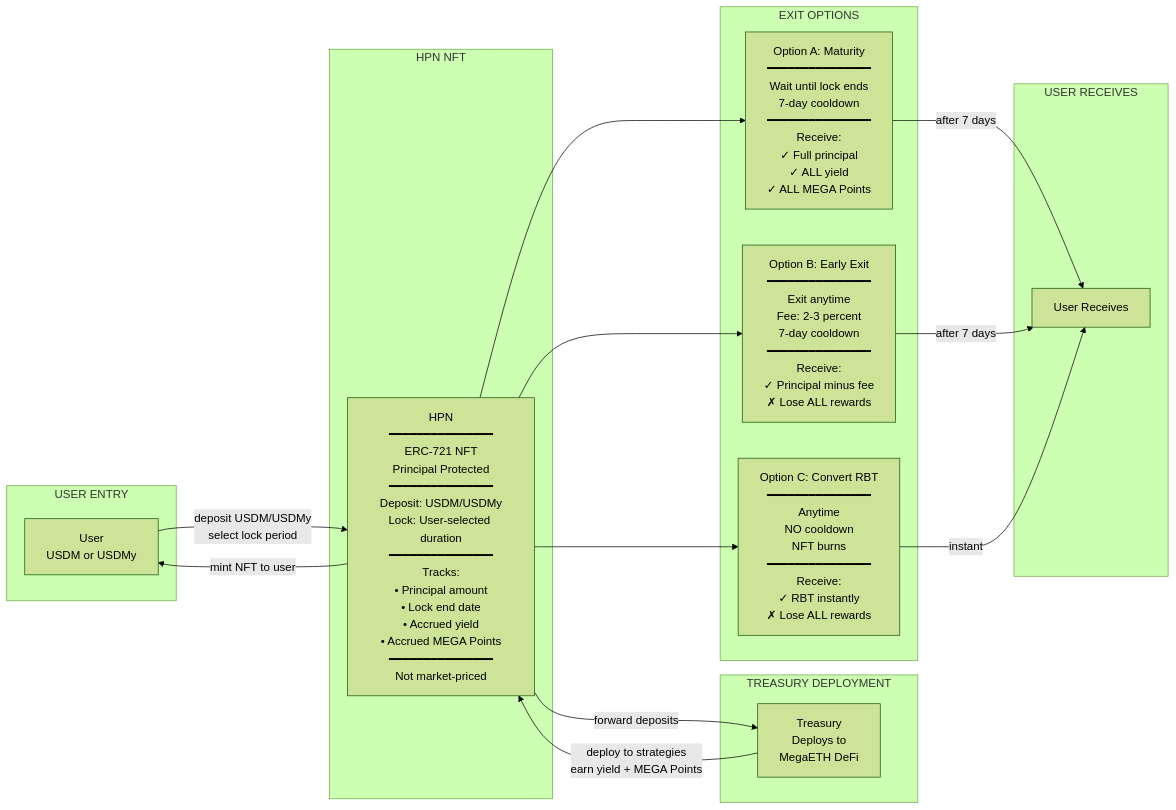
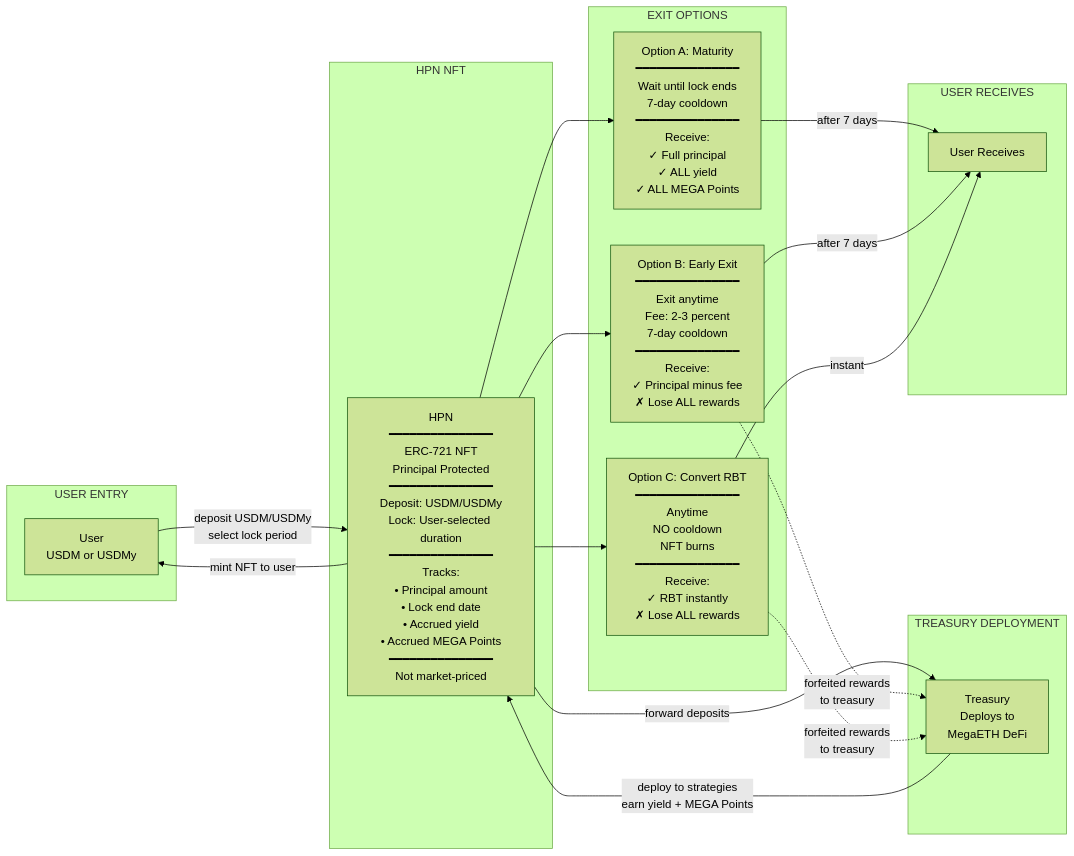
One commit to 0xJaehaerys/ohmega changed the second of 2 diagrams in blackhaven-complete-system.md. Above: the diagram before and after it, drawn with Mermaid (forest theme).

Commit message:
Add arrows showing forfeited rewards flow to treasury from early exit and RBT conversion

````diff
--- a/blackhaven-complete-system.md
+++ b/blackhaven-complete-system.md
@@ -99,39 +99,41 @@
 ```mermaid
 graph LR
     subgraph "USER ENTRY"
         USER[User<br/>USDM or USDMy]
     end
     
     subgraph "HPN NFT"
         NFT[HPN<br/>━━━━━━━━━━━━━━━<br/>ERC-721 NFT<br/>Principal Protected<br/>━━━━━━━━━━━━━━━<br/>Deposit: USDM/USDMy<br/>Lock: User-selected duration<br/>━━━━━━━━━━━━━━━<br/>Tracks:<br/>• Principal amount<br/>• Lock end date<br/>• Accrued yield<br/>• Accrued MEGA Points<br/>━━━━━━━━━━━━━━━<br/>Not market-priced]
     end
     
     subgraph "TREASURY DEPLOYMENT"
         TREASURY[Treasury<br/>Deploys to<br/>MegaETH DeFi]
     end
     
     subgraph "EXIT OPTIONS"
         OPT_A[Option A: Maturity<br/>━━━━━━━━━━━━━━━<br/>Wait until lock ends<br/>7-day cooldown<br/>━━━━━━━━━━━━━━━<br/>Receive:<br/>✓ Full principal<br/>✓ ALL yield<br/>✓ ALL MEGA Points]
         
         OPT_B[Option B: Early Exit<br/>━━━━━━━━━━━━━━━<br/>Exit anytime<br/>Fee: 2-3 percent<br/>7-day cooldown<br/>━━━━━━━━━━━━━━━<br/>Receive:<br/>✓ Principal minus fee<br/>✗ Lose ALL rewards]
         
         OPT_C[Option C: Convert RBT<br/>━━━━━━━━━━━━━━━<br/>Anytime<br/>NO cooldown<br/>NFT burns<br/>━━━━━━━━━━━━━━━<br/>Receive:<br/>✓ RBT instantly<br/>✗ Lose ALL rewards]
     end
     
     subgraph "USER RECEIVES"
         USER_OUT[User Receives]
     end
     
     USER -->|deposit USDM/USDMy<br/>select lock period| NFT
     NFT -->|mint NFT to user| USER
     NFT -->|forward deposits| TREASURY
     TREASURY -->|deploy to strategies<br/>earn yield + MEGA Points| NFT
     
     NFT --> OPT_A
     NFT --> OPT_B
     NFT --> OPT_C
     
     OPT_A -->|after 7 days| USER_OUT
     OPT_B -->|after 7 days| USER_OUT
+    OPT_B -.->|forfeited rewards<br/>to treasury| TREASURY
     OPT_C -->|instant| USER_OUT
+    OPT_C -.->|forfeited rewards<br/>to treasury| TREASURY
 ```
````
